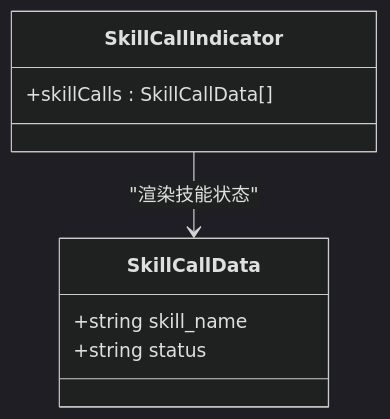
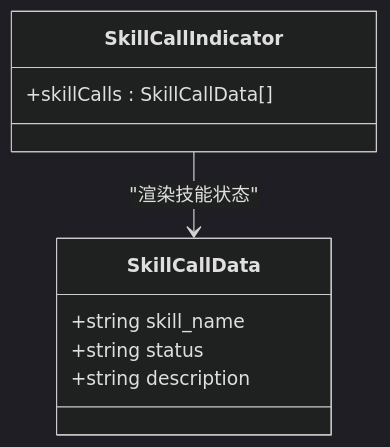
The eighth of 16 diagrams in .qoder/repowiki/zh/content/系统架构/前端架构/组件架构/AI助手组件/AI助手组件.md (KunLabAI/KunFlix), drawn with Mermaid (dark theme) before and after one commit. The commit also changed other lines of this file and 18 other files, not shown here.

````diff
--- a/.qoder/repowiki/zh/content/系统架构/前端架构/组件架构/AI助手组件/AI助手组件.md
+++ b/.qoder/repowiki/zh/content/系统架构/前端架构/组件架构/AI助手组件/AI助手组件.md
@@ -364,11 +421,12 @@
 ```mermaid
 classDiagram
 class SkillCallIndicator {
 +skillCalls : SkillCallData[]
 }
 class SkillCallData {
 +string skill_name
 +string status
++string description
 }
 SkillCallIndicator --> SkillCallData : "渲染技能状态"
 ```
````
